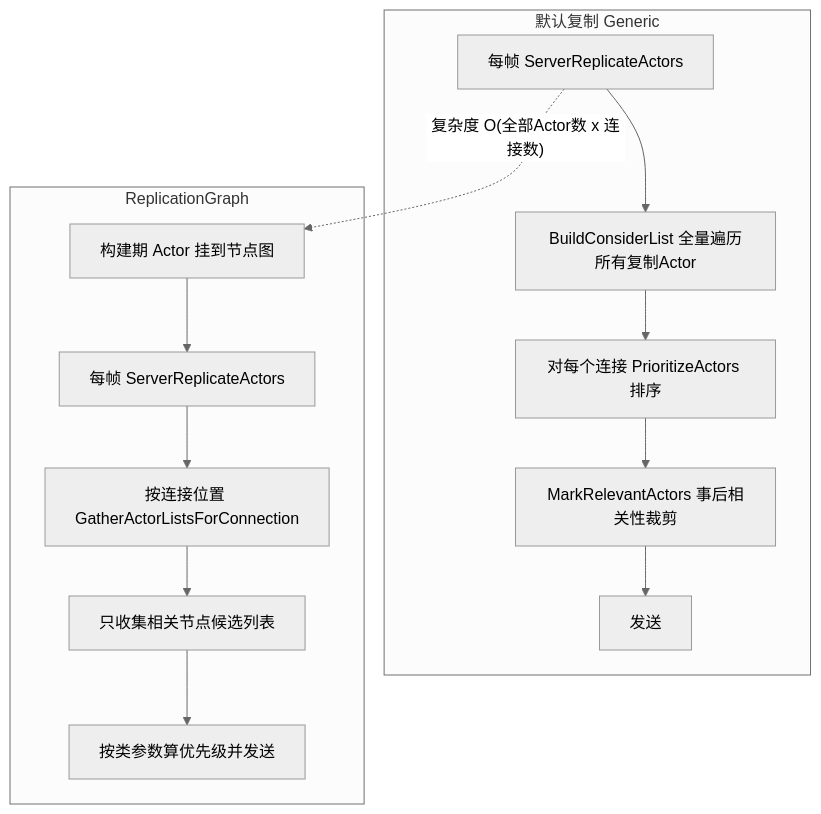
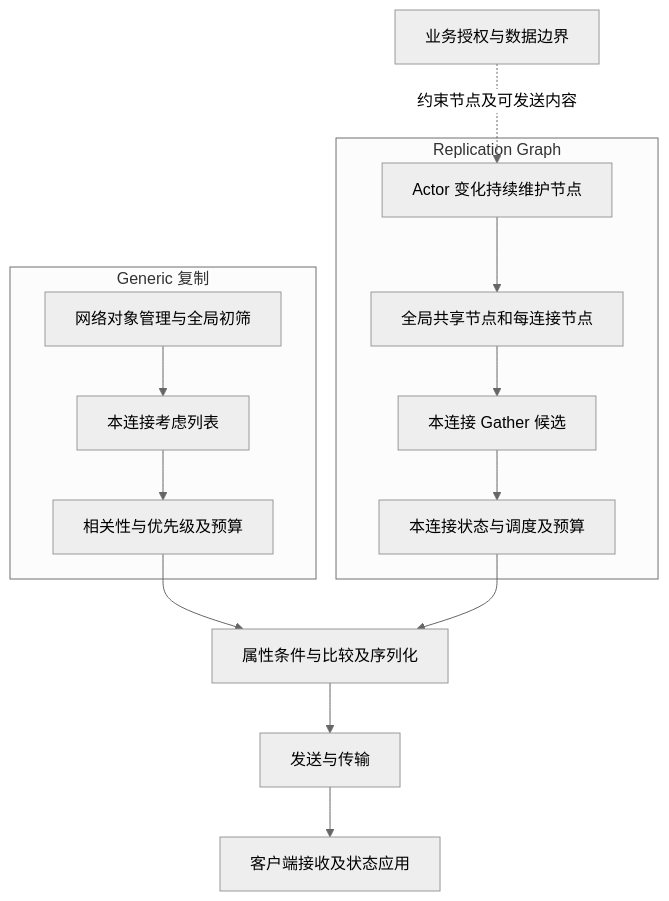
One commit to fantuan812/learning changed the first of 3 diagrams in 知识/07-网络与游戏服务端/状态复制与兴趣管理/05-ReplicationGraph兴趣管理.md. Above: the diagram before and after it, drawn with Mermaid (neutral theme). The commit also changed other lines of this file and 1 other file, not shown here.

````diff
--- a/知识/07-网络与游戏服务端/状态复制与兴趣管理/05-ReplicationGraph兴趣管理.md
+++ b/知识/07-网络与游戏服务端/状态复制与兴趣管理/05-ReplicationGraph兴趣管理.md
@@ -141,16 +126,17 @@
 ```mermaid
 flowchart TB
-    subgraph 默认复制[默认复制 Generic]
-        A1[每帧 ServerReplicateActors] --> A2[BuildConsiderList 全量遍历所有复制Actor]
-        A2 --> A3[对每个连接 PrioritizeActors 排序]
-        A3 --> A4[MarkRelevantActors 事后相关性裁剪]
-        A4 --> A5[发送]
+    subgraph Generic[Generic 复制]
+        A[网络对象管理与全局初筛] --> B[本连接考虑列表]
+        B --> C[相关性与优先级及预算]
     end
-    subgraph RepGraph[ReplicationGraph]
-        B1[构建期 Actor 挂到节点图] --> B2[每帧 ServerReplicateActors]
-        B2 --> B3[按连接位置 GatherActorListsForConnection]
-        B3 --> B4[只收集相关节点候选列表]
-        B4 --> B5[按类参数算优先级并发送]
+    subgraph RepGraph[Replication Graph]
+        D[Actor 变化持续维护节点] --> E[全局共享节点和每连接节点]
+        E --> F[本连接 Gather 候选]
+        F --> G[本连接状态与调度及预算]
     end
-    A1 -. 复杂度 O(全部Actor数 x 连接数) .-> B1
+    C --> H[属性条件与比较及序列化]
+    G --> H
+    H --> I[发送与传输]
+    I --> J[客户端接收及状态应用]
+    K[业务授权与数据边界] -. 约束节点及可发送内容 .-> D
 ```
````
